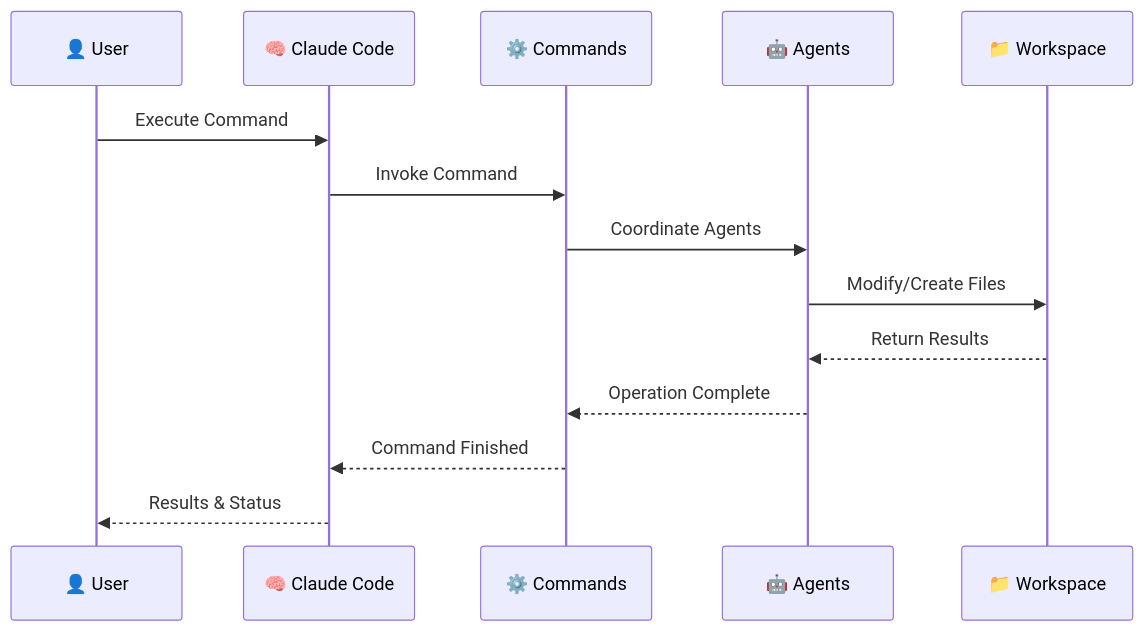
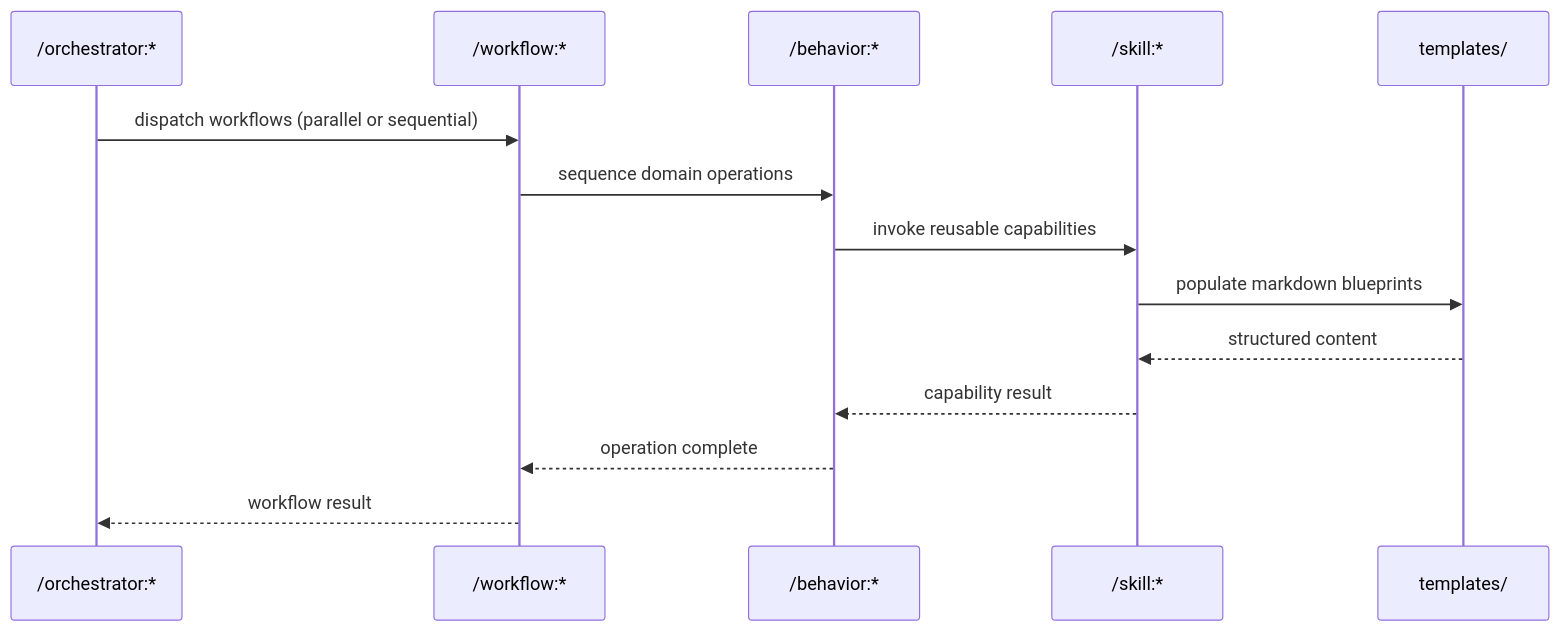
One commit to zzaia/zzaia-agentic-workspace changed the diagram in README.md. Above: the diagram before and after it, drawn with Mermaid. The commit also changed other lines of this file and 2 other files, not shown here.

````diff
--- a/README.md
+++ b/README.md
@@ -200,17 +78,17 @@
 ```mermaid
 sequenceDiagram
-    participant U as 👤 User
-    participant CC as 🧠 Claude Code
-    participant C as ⚙️ Commands
-    participant A as 🤖 Agents
-    participant W as 📁 Workspace
+    participant O as /orchestrator:*
+    participant W as /workflow:*
+    participant B as /behavior:*
+    participant S as /skill:*
+    participant T as templates/
 
-    U->>CC: Execute Command
-    CC->>C: Invoke Command
-    C->>A: Coordinate Agents
-    A->>W: Modify/Create Files
-    W-->>A: Return Results
-    A-->>C: Operation Complete
-    C-->>CC: Command Finished
-    CC-->>U: Results & Status
+    O->>W: dispatch workflows (parallel or sequential)
+    W->>B: sequence domain operations
+    B->>S: invoke reusable capabilities
+    S->>T: populate markdown blueprints
+    T-->>S: structured content
+    S-->>B: capability result
+    B-->>W: operation complete
+    W-->>O: workflow result
 ```
````
